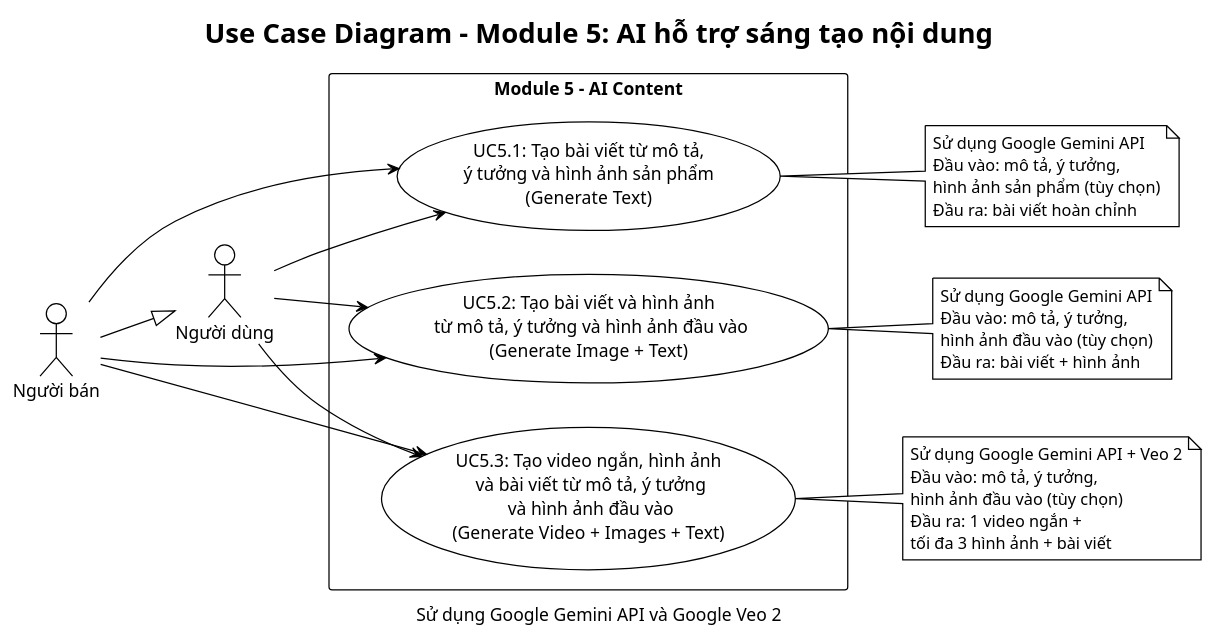
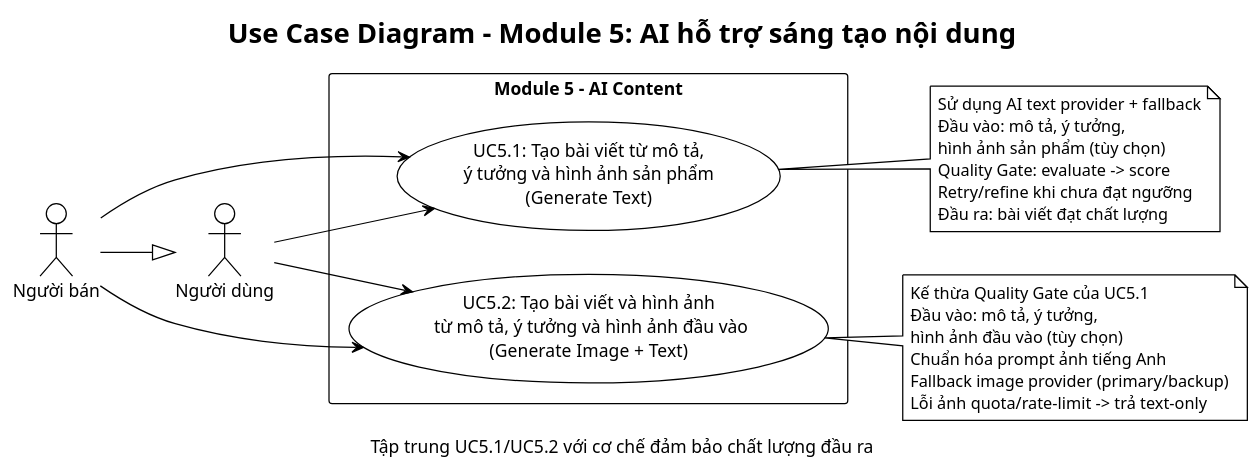
Before and after one commit to KeHamTruyen/SoCo-DATN: the diagram in Materials/Diagrams/Usecase diagrams/UC-M5-AI.puml, drawn with PlantUML. The commit also changed 7 other files, not shown here.

First line of the commit message:
docs(diagrams): refactor Module 5 AI use case and sequence diagrams

```diff
--- a/Materials/Diagrams/Usecase diagrams/UC-M5-AI.puml
+++ b/Materials/Diagrams/Usecase diagrams/UC-M5-AI.puml
@@ -1,47 +1,40 @@
 @startuml UC-M5-AI
 !theme plain
 left to right direction
 title Use Case Diagram - Module 5: AI hỗ trợ sáng tạo nội dung
-caption Sử dụng Google Gemini API và Google Veo 2
+caption Tập trung UC5.1/UC5.2 với cơ chế đảm bảo chất lượng đầu ra
 
 actor "Người dùng" as User
 actor "Người bán" as Seller
 Seller --|> User
 
 rectangle "Module 5 - AI Content" {
   usecase "UC5.1: Tạo bài viết từ mô tả,\ný tưởng và hình ảnh sản phẩm\n(Generate Text)" as UC51
   usecase "UC5.2: Tạo bài viết và hình ảnh\n từ mô tả, ý tưởng và hình ảnh đầu vào\n(Generate Image + Text)" as UC52
-  usecase "UC5.3: Tạo video ngắn, hình ảnh\n và bài viết từ mô tả, ý tưởng\n và hình ảnh đầu vào\n(Generate Video + Images + Text)" as UC53
 }
 
 User --> UC51
 User --> UC52
-User --> UC53
 
 Seller --> UC51
 Seller --> UC52
-Seller --> UC53
 
 note right of UC51
-  Sử dụng Google Gemini API
+  Sử dụng AI text provider + fallback
   Đầu vào: mô tả, ý tưởng, 
   hình ảnh sản phẩm (tùy chọn)
-  Đầu ra: bài viết hoàn chỉnh
+  Quality Gate: evaluate -> score
+  Retry/refine khi chưa đạt ngưỡng
+  Đầu ra: bài viết đạt chất lượng
 end note
 
 note right of UC52
-  Sử dụng Google Gemini API
+  Kế thừa Quality Gate của UC5.1
   Đầu vào: mô tả, ý tưởng,
   hình ảnh đầu vào (tùy chọn)
-  Đầu ra: bài viết + hình ảnh
-end note
-
-note right of UC53
-  Sử dụng Google Gemini API + Veo 2
-  Đầu vào: mô tả, ý tưởng,
-  hình ảnh đầu vào (tùy chọn)
-  Đầu ra: 1 video ngắn + 
-  tối đa 3 hình ảnh + bài viết
+  Chuẩn hóa prompt ảnh tiếng Anh
+  Fallback image provider (primary/backup)
+  Lỗi ảnh quota/rate-limit -> trả text-only
 end note
 
 @enduml
```
